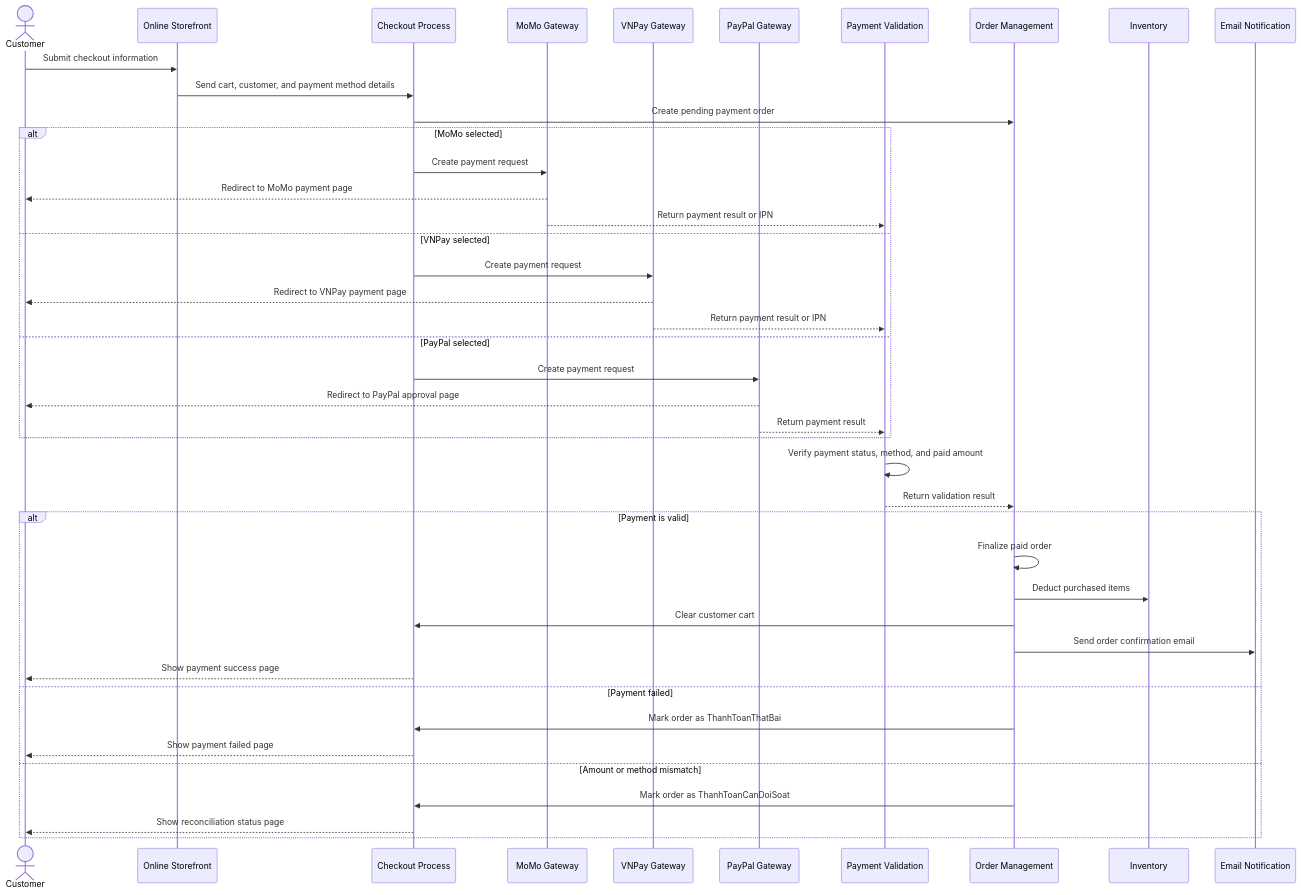
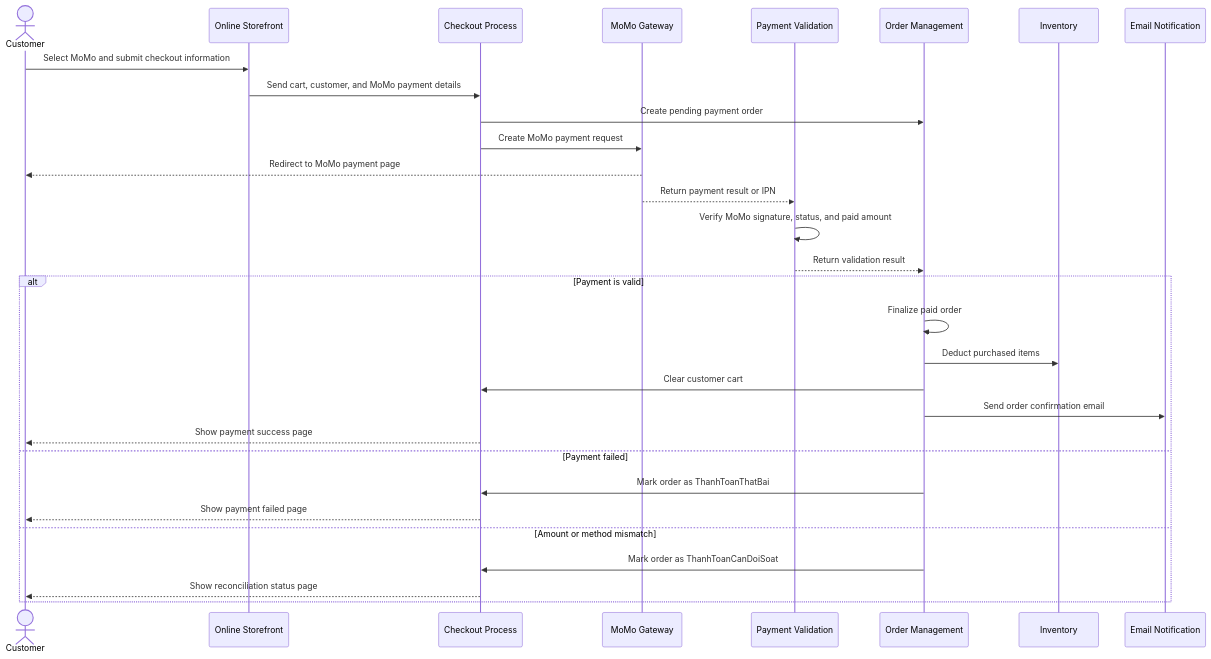
One commit to ngxuanvan/ReSip-Multi-Payment-E-Commerce changed the fourth of 9 diagrams in README.md. Above: the diagram before and after it, drawn with Mermaid. The commit also changed other lines of this file, not shown here.

Commit message:
docs: split online payment into separate sequences

````diff
--- a/README.md
+++ b/README.md
@@ -135,48 +135,35 @@
 ```mermaid
 sequenceDiagram
     actor Customer
     participant Storefront as Online Storefront
     participant Checkout as Checkout Process
     participant MoMo as MoMo Gateway
-    participant VNPay as VNPay Gateway
-    participant PayPal as PayPal Gateway
     participant Validation as Payment Validation
     participant Order as Order Management
     participant Inventory as Inventory
     participant Notification as Email Notification
 
-    Customer->>Storefront: Submit checkout information
-    Storefront->>Checkout: Send cart, customer, and payment method details
+    Customer->>Storefront: Select MoMo and submit checkout information
+    Storefront->>Checkout: Send cart, customer, and MoMo payment details
     Checkout->>Order: Create pending payment order
+    Checkout->>MoMo: Create MoMo payment request
+    MoMo-->>Customer: Redirect to MoMo payment page
+    MoMo-->>Validation: Return payment result or IPN
 
-    alt MoMo selected
-        Checkout->>MoMo: Create payment request
-        MoMo-->>Customer: Redirect to MoMo payment page
-        MoMo-->>Validation: Return payment result or IPN
-    else VNPay selected
-        Checkout->>VNPay: Create payment request
-        VNPay-->>Customer: Redirect to VNPay payment page
-        VNPay-->>Validation: Return payment result or IPN
-    else PayPal selected
-        Checkout->>PayPal: Create payment request
-        PayPal-->>Customer: Redirect to PayPal approval page
-        PayPal-->>Validation: Return payment result
-    end
-
-    Validation->>Validation: Verify payment status, method, and paid amount
+    Validation->>Validation: Verify MoMo signature, status, and paid amount
     Validation-->>Order: Return validation result
 
     alt Payment is valid
         Order->>Order: Finalize paid order
         Order->>Inventory: Deduct purchased items
         Order->>Checkout: Clear customer cart
         Order->>Notification: Send order confirmation email
         Checkout-->>Customer: Show payment success page
     else Payment failed
         Order->>Checkout: Mark order as ThanhToanThatBai
         Checkout-->>Customer: Show payment failed page
     else Amount or method mismatch
         Order->>Checkout: Mark order as ThanhToanCanDoiSoat
         Checkout-->>Customer: Show reconciliation status page
     end
 ```
````
